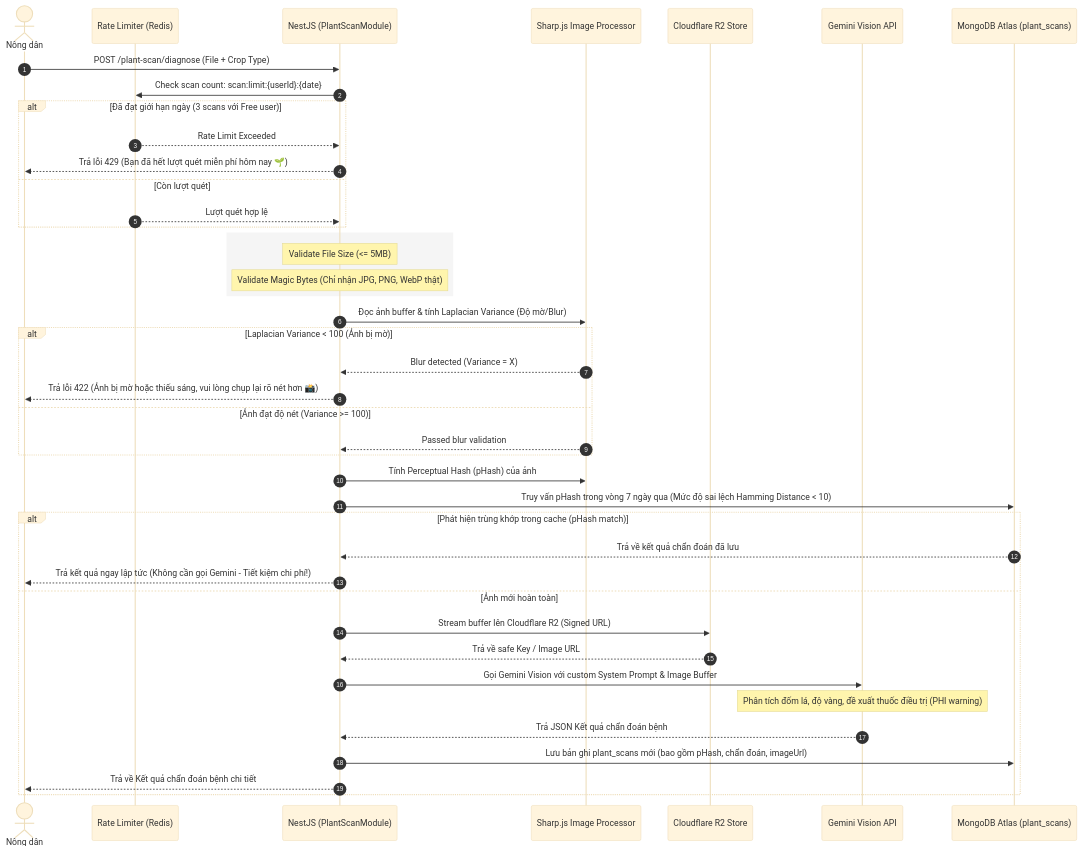
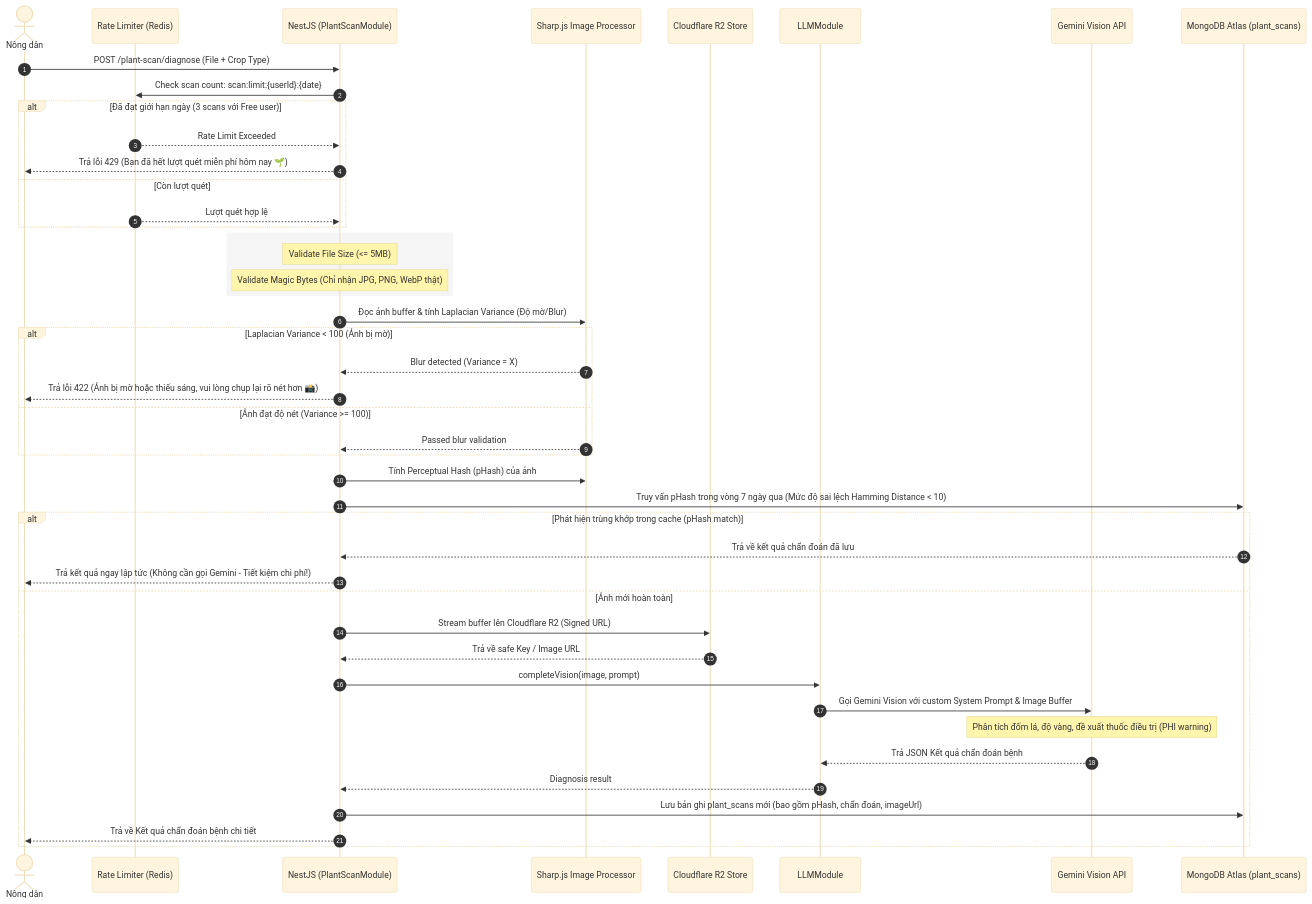
Before and after one commit to jayykioh/farmy-backend: the third of 5 diagrams in openspec/specs/architecture.md, drawn with Mermaid (base theme). The commit also changed other lines of this file and 16 other files, not shown here.

````diff
--- a/openspec/specs/architecture.md
+++ b/openspec/specs/architecture.md
@@ -151,51 +151,54 @@
 ```mermaid
 sequenceDiagram
     autonumber
     actor User as Nông dân
     participant Gate as Rate Limiter (Redis)
     participant Nest as NestJS (PlantScanModule)
     participant Sharp as Sharp.js Image Processor
     participant R2 as Cloudflare R2 Store
+    participant LLM as LLMModule
     participant Gemini as Gemini Vision API
     participant Mongo as MongoDB Atlas (plant_scans)
 
     User->>Nest: POST /plant-scan/diagnose (File + Crop Type)
     Nest->>Gate: Check scan count: scan:limit:{userId}:{date}
     
     alt Đã đạt giới hạn ngày (3 scans với Free user)
         Gate-->>Nest: Rate Limit Exceeded
         Nest-->>User: Trả lỗi 429 (Bạn đã hết lượt quét miễn phí hôm nay 🌱)
     else Còn lượt quét
         Gate-->>Nest: Lượt quét hợp lệ
     end
     
     rect rgb(245, 245, 245)
         Note over Nest: Validate File Size (<= 5MB)
         Note over Nest: Validate Magic Bytes (Chỉ nhận JPG, PNG, WebP thật)
     end
     
     Nest->>Sharp: Đọc ảnh buffer & tính Laplacian Variance (Độ mờ/Blur)
     
     alt Laplacian Variance < 100 (Ảnh bị mờ)
         Sharp-->>Nest: Blur detected (Variance = X)
         Nest-->>User: Trả lỗi 422 (Ảnh bị mờ hoặc thiếu sáng, vui lòng chụp lại rõ nét hơn 📸)
     else Ảnh đạt độ nét (Variance >= 100)
         Sharp-->>Nest: Passed blur validation
     end
 
     Nest->>Sharp: Tính Perceptual Hash (pHash) của ảnh
     Nest->>Mongo: Truy vấn pHash trong vòng 7 ngày qua (Mức độ sai lệch Hamming Distance < 10)
     
     alt Phát hiện trùng khớp trong cache (pHash match)
         Mongo-->>Nest: Trả về kết quả chẩn đoán đã lưu
         Nest-->>User: Trả kết quả ngay lập tức (Không cần gọi Gemini - Tiết kiệm chi phí!)
     else Ảnh mới hoàn toàn
         Nest->>R2: Stream buffer lên Cloudflare R2 (Signed URL)
         R2-->>Nest: Trả về safe Key / Image URL
-        Nest->>Gemini: Gọi Gemini Vision với custom System Prompt & Image Buffer
+        Nest->>LLM: completeVision(image, prompt)
+        LLM->>Gemini: Gọi Gemini Vision với custom System Prompt & Image Buffer
         Note over Gemini: Phân tích đốm lá, độ vàng, đề xuất thuốc điều trị (PHI warning)
-        Gemini-->>Nest: Trả JSON Kết quả chẩn đoán bệnh
+        Gemini-->>LLM: Trả JSON Kết quả chẩn đoán bệnh
+        LLM-->>Nest: Diagnosis result
         Nest->>Mongo: Lưu bản ghi plant_scans mới (bao gồm pHash, chẩn đoán, imageUrl)
         Nest-->>User: Trả về Kết quả chẩn đoán bệnh chi tiết
     end
 ```
````
